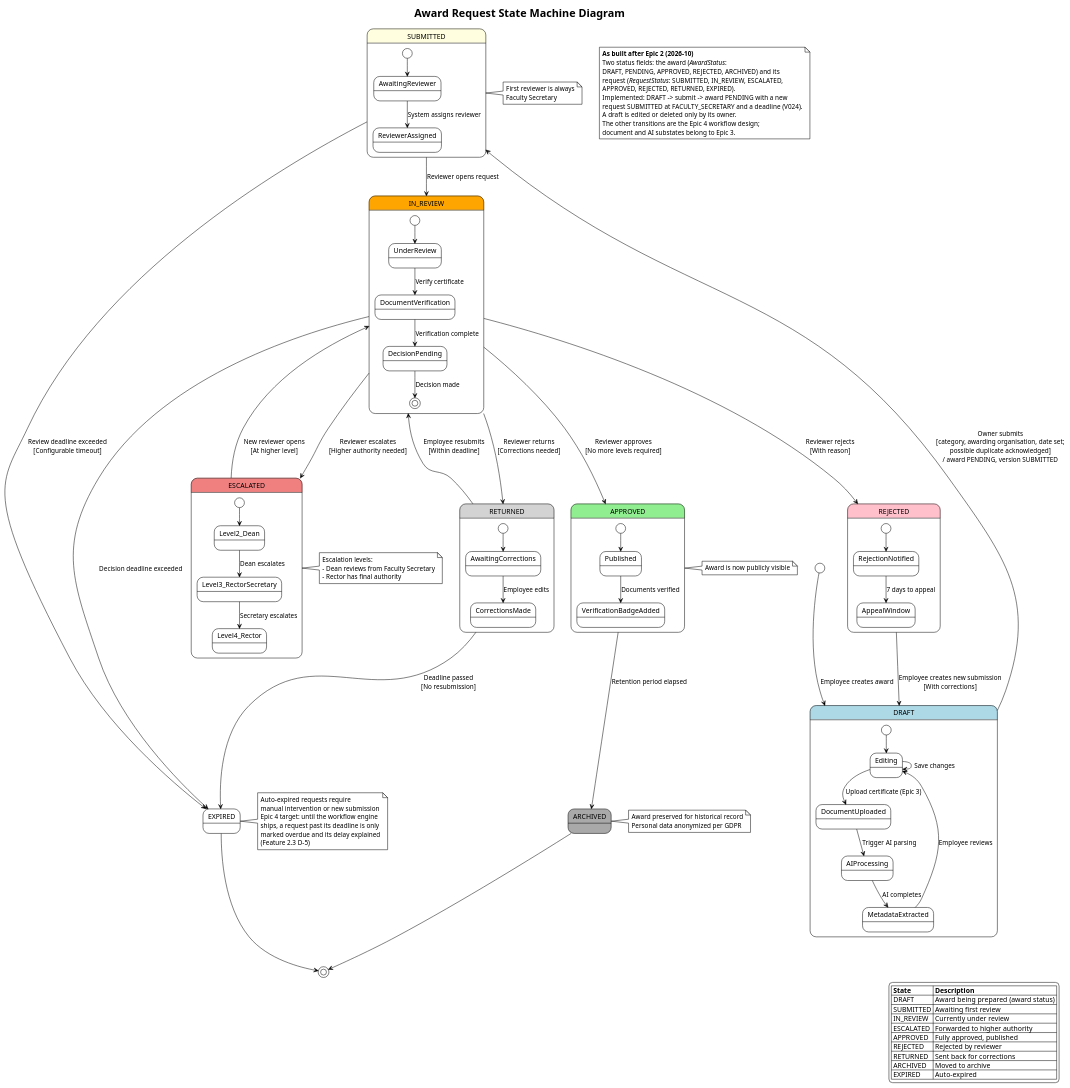
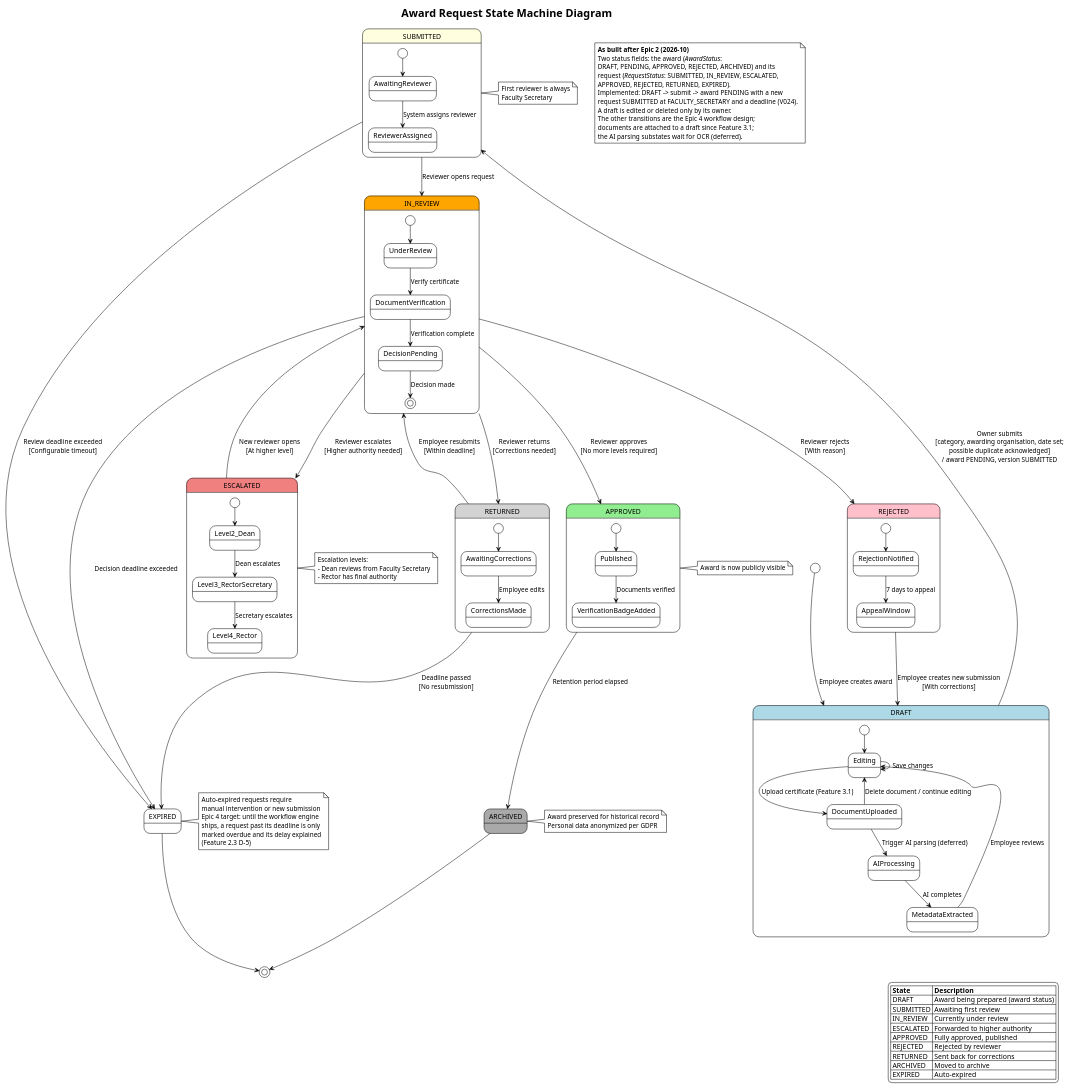
Before and after one commit to StKostyk/award-monitoring-system: the diagram in docs/diagrams/uml/state-machine-award-request.puml, drawn with PlantUML. The commit also changed 55 other files, not shown here.

```diff
--- a/docs/diagrams/uml/state-machine-award-request.puml
+++ b/docs/diagrams/uml/state-machine-award-request.puml
@@ -1,146 +1,148 @@
 @startuml StateMachine_Award_Request
 !theme plain
 skinparam state {
     BackgroundColor<<draft>> LightBlue
     BackgroundColor<<pending>> LightYellow
     BackgroundColor<<review>> Orange
     BackgroundColor<<escalated>> LightCoral
     BackgroundColor<<approved>> LightGreen
     BackgroundColor<<rejected>> Pink
     BackgroundColor<<returned>> LightGray
     BackgroundColor<<archived>> DarkGray
 }
 
 title Award Request State Machine Diagram
 
 note as AsBuilt
     <b>As built after Epic 2 (2026-10)</b>
     Two status fields: the award (<i>AwardStatus</i>:
     DRAFT, PENDING, APPROVED, REJECTED, ARCHIVED) and its
     request (<i>RequestStatus</i>: SUBMITTED, IN_REVIEW, ESCALATED,
     APPROVED, REJECTED, RETURNED, EXPIRED).
     Implemented: DRAFT -> submit -> award PENDING with a new
     request SUBMITTED at FACULTY_SECRETARY and a deadline (V024).
     A draft is edited or deleted only by its owner.
     The other transitions are the Epic 4 workflow design;
-    document and AI substates belong to Epic 3.
+    documents are attached to a draft since Feature 3.1;
+    the AI parsing substates wait for OCR (deferred).
 end note
 
 [*] --> DRAFT <<draft>> : Employee creates award
 
 state DRAFT <<draft>> {
     [*] --> Editing
     Editing --> Editing : Save changes
-    Editing --> DocumentUploaded : Upload certificate (Epic 3)
-    DocumentUploaded --> AIProcessing : Trigger AI parsing
+    Editing --> DocumentUploaded : Upload certificate (Feature 3.1)
+    DocumentUploaded --> Editing : Delete document / continue editing
+    DocumentUploaded --> AIProcessing : Trigger AI parsing (deferred)
     AIProcessing --> MetadataExtracted : AI completes
     MetadataExtracted --> Editing : Employee reviews
 }
 
 DRAFT --> SUBMITTED <<pending>> : Owner submits\n[category, awarding organisation, date set;\npossible duplicate acknowledged]\n/ award PENDING, version SUBMITTED
 
 state SUBMITTED <<pending>> {
     [*] --> AwaitingReviewer
     AwaitingReviewer --> ReviewerAssigned : System assigns reviewer
 }
 
 note right of SUBMITTED
     First reviewer is always
     Faculty Secretary
 end note
 
 SUBMITTED --> IN_REVIEW <<review>> : Reviewer opens request
 
 state IN_REVIEW <<review>> {
     [*] --> UnderReview
     UnderReview --> DocumentVerification : Verify certificate
     DocumentVerification --> DecisionPending : Verification complete
     DecisionPending --> [*] : Decision made
 }
 
 IN_REVIEW --> APPROVED <<approved>> : Reviewer approves\n[No more levels required]
 IN_REVIEW --> REJECTED <<rejected>> : Reviewer rejects\n[With reason]
 IN_REVIEW --> ESCALATED <<escalated>> : Reviewer escalates\n[Higher authority needed]
 IN_REVIEW --> RETURNED <<returned>> : Reviewer returns\n[Corrections needed]
 
 state ESCALATED <<escalated>> {
     [*] --> Level2_Dean
     Level2_Dean --> Level3_RectorSecretary : Dean escalates
     Level3_RectorSecretary --> Level4_Rector : Secretary escalates
 }
 
 note right of ESCALATED
     Escalation levels:
     - Dean reviews from Faculty Secretary
     - Rector has final authority
 end note
 
 ESCALATED --> IN_REVIEW : New reviewer opens\n[At higher level]
 
 state RETURNED <<returned>> {
     [*] --> AwaitingCorrections
     AwaitingCorrections --> CorrectionsMade : Employee edits
 }
 
 RETURNED --> IN_REVIEW : Employee resubmits\n[Within deadline]
 RETURNED --> EXPIRED : Deadline passed\n[No resubmission]
 
 state REJECTED <<rejected>> {
     [*] --> RejectionNotified
     RejectionNotified --> AppealWindow : 7 days to appeal
 }
 
 REJECTED --> DRAFT : Employee creates new submission\n[With corrections]
 
 state APPROVED <<approved>> {
     [*] --> Published
     Published --> VerificationBadgeAdded : Documents verified
 }
 
 note right of APPROVED
     Award is now publicly visible
 end note
 
 APPROVED --> ARCHIVED <<archived>> : Retention period elapsed
 
 state ARCHIVED <<archived>>
 
 note right of ARCHIVED
     Award preserved for historical record
     Personal data anonymized per GDPR
 end note
 
 ARCHIVED --> [*]
 
 ' Timeout transitions
 SUBMITTED --> EXPIRED : Review deadline exceeded\n[Configurable timeout]
 IN_REVIEW --> EXPIRED : Decision deadline exceeded
 
 state EXPIRED
 
 note right of EXPIRED
     Auto-expired requests require
     manual intervention or new submission
     Epic 4 target: until the workflow engine
     ships, a request past its deadline is only
     marked overdue and its delay explained
     (Feature 2.3 D-5)
 end note
 
 EXPIRED --> [*]
 
 ' Legend
 legend right
     |= State |= Description |
     | DRAFT | Award being prepared (award status) |
     | SUBMITTED | Awaiting first review |
     | IN_REVIEW | Currently under review |
     | ESCALATED | Forwarded to higher authority |
     | APPROVED | Fully approved, published |
     | REJECTED | Rejected by reviewer |
     | RETURNED | Sent back for corrections |
     | ARCHIVED | Moved to archive |
     | EXPIRED | Auto-expired |
 endlegend
 
 @enduml
```
